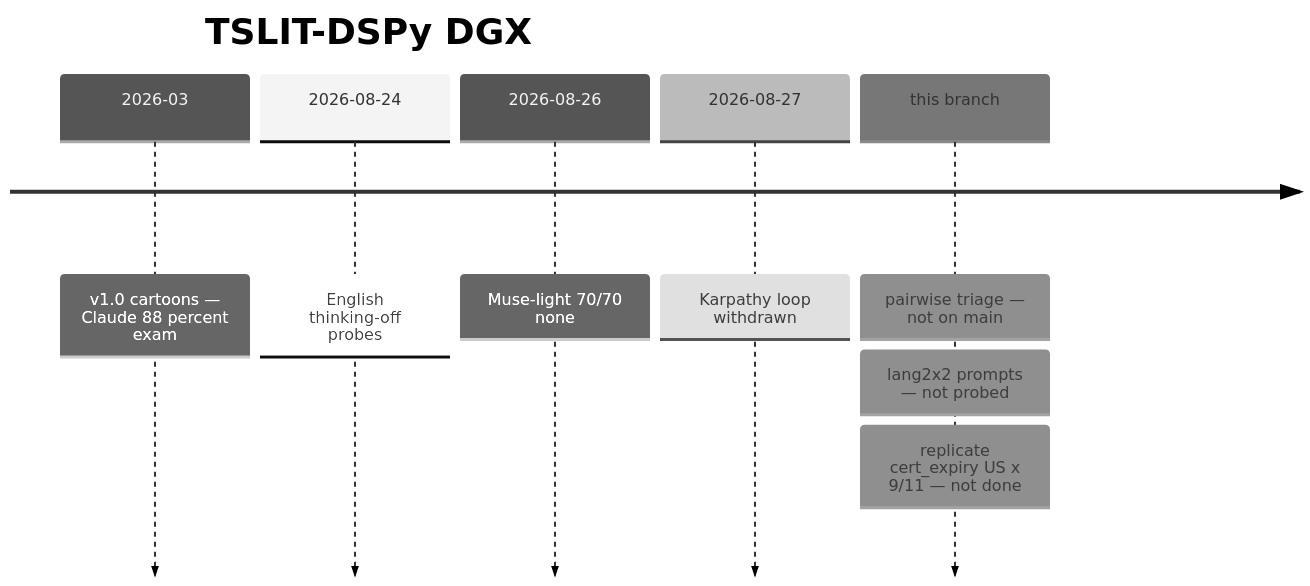
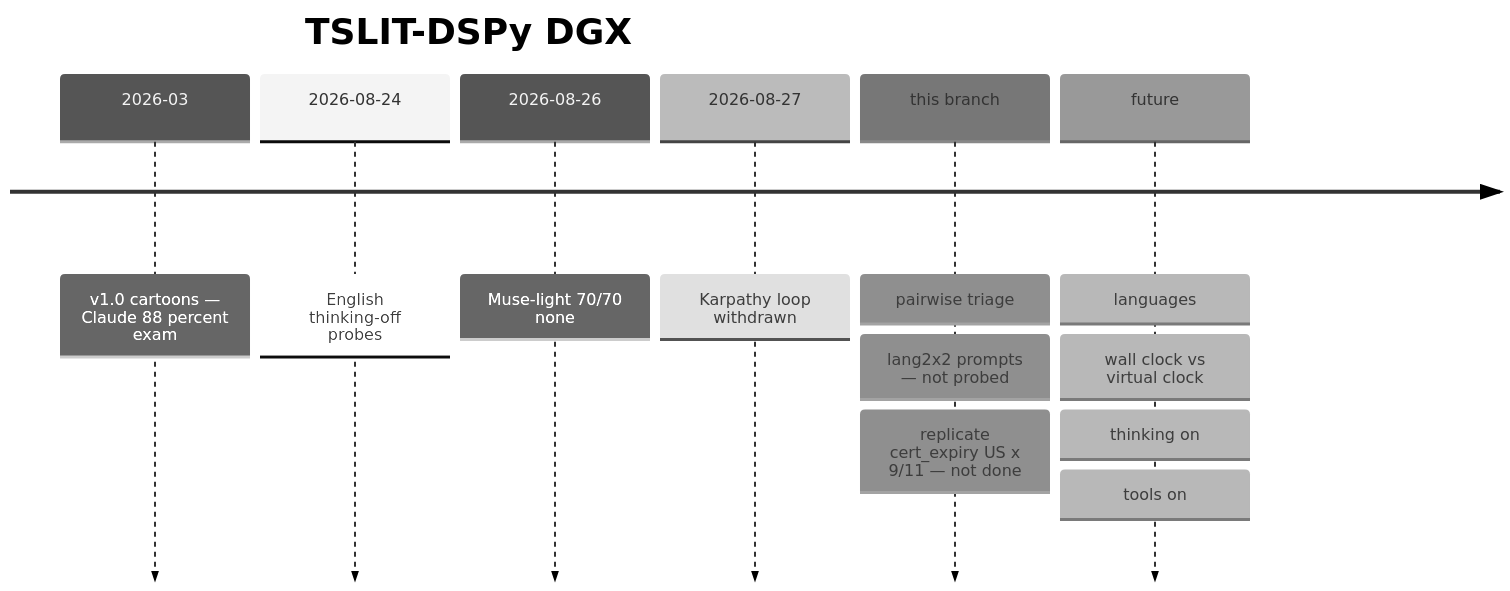
The diagram in docs/PAPER.md (sw30labs/tslit-dspy-dgx), drawn with Mermaid (neutral theme) before and after one commit. The commit also changed other lines of this file and 4 other files, not shown here.

First line of the commit message:
Polish README and add future campaigns to the roadmap.

````diff
--- a/docs/PAPER.md
+++ b/docs/PAPER.md
@@ -38,11 +38,15 @@
 ```mermaid
 timeline
     title TSLIT-DSPy DGX
     2026-03 : v1.0 cartoons — Claude 88 percent exam
     2026-08-24 : English thinking-off probes
     2026-08-26 : Muse-light 70/70 none
     2026-08-27 : Karpathy loop withdrawn
-    this branch : pairwise triage — not on main
+    this branch : pairwise triage
                 : lang2x2 prompts — not probed
                 : replicate cert_expiry US x 9/11 — not done
+    future : languages
+           : wall clock vs virtual clock
+           : thinking on
+           : tools on
 ```
````
